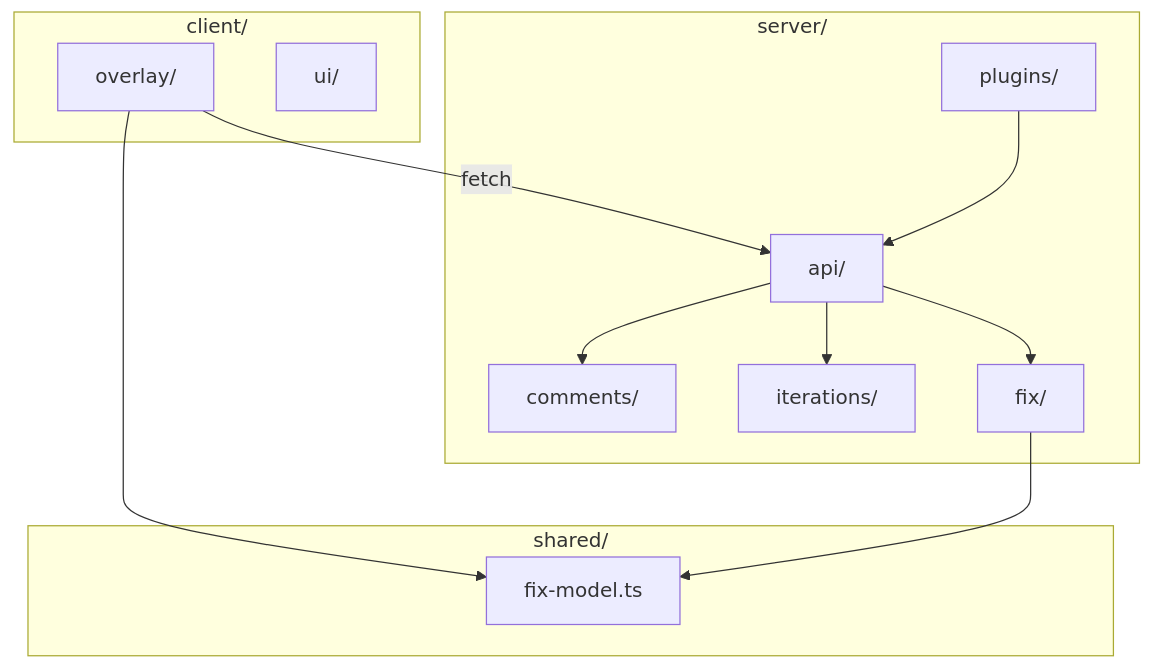
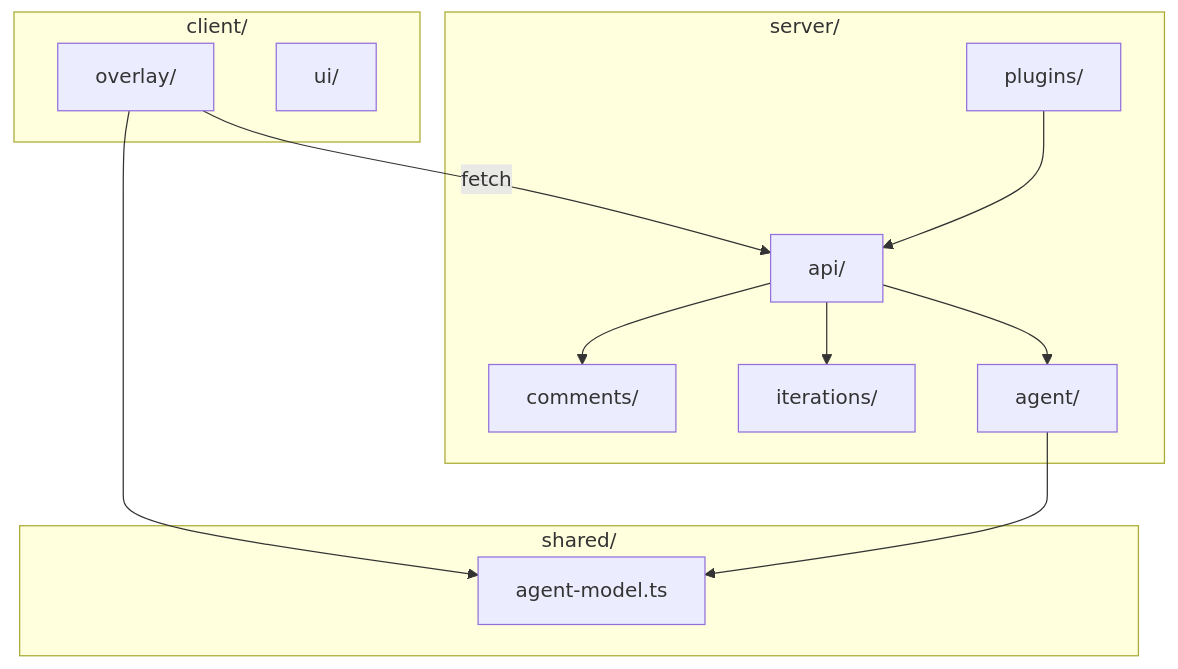
Before and after one commit to PauliusKrutkis/forkdesign: the diagram in docs/architecture.md, drawn with Mermaid. The commit also changed other lines of this file and 64 other files, not shown here.

````diff
--- a/docs/architecture.md
+++ b/docs/architecture.md
@@ -84,27 +84,27 @@
 ```mermaid
 flowchart TB
   subgraph client [client/]
     Overlay[overlay/]
     UI[ui/]
   end
 
   subgraph server [server/]
     Plugins[plugins/]
     API[api/]
     Comments[comments/]
     Iterations[iterations/]
-    Fix[fix/]
+    Agent[agent/]
   end
 
   subgraph shared [shared/]
-    FixModel[fix-model.ts]
+    AgentModel[agent-model.ts]
   end
 
   Overlay -->|fetch| API
   API --> Comments
   API --> Iterations
-  API --> Fix
-  Overlay --> FixModel
-  Fix --> FixModel
+  API --> Agent
+  Overlay --> AgentModel
+  Agent --> AgentModel
   Plugins --> API
 ```
````
